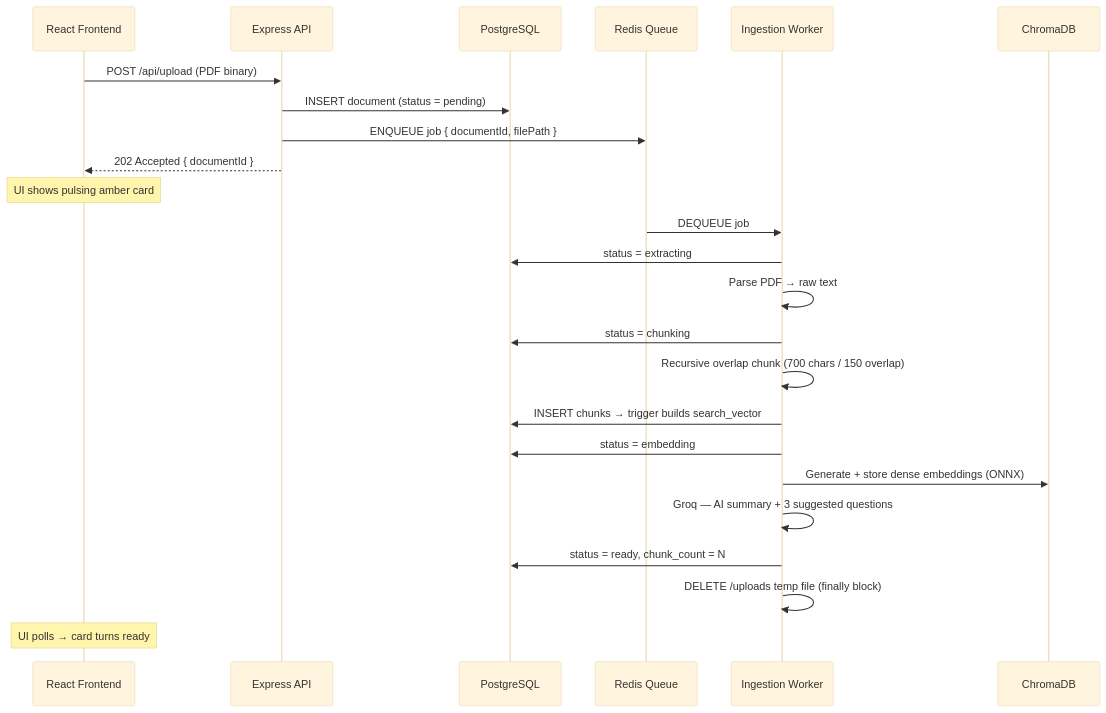
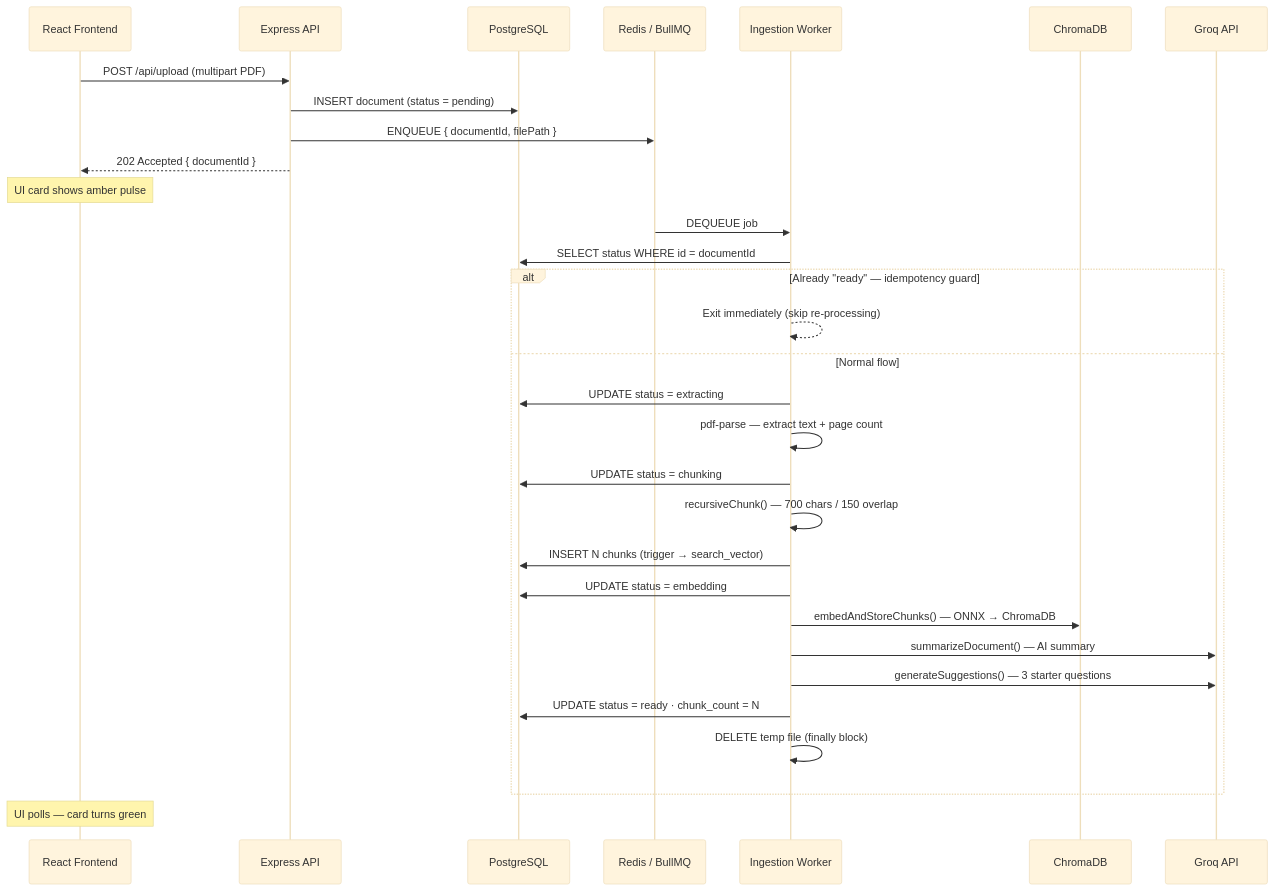
The third of 6 diagrams in README.md (rajakumar123-commit/nexasense-ai-assistant), drawn with Mermaid (base theme) before and after one commit. The commit also changed other lines of this file, not shown here.

````diff
--- a/README.md
+++ b/README.md
@@ -238,28 +211,35 @@
 ```mermaid
 sequenceDiagram
-    participant C as React Frontend
-    participant A as Express API
-    participant P as PostgreSQL
-    participant R as Redis Queue
-    participant W as Ingestion Worker
-    participant X as ChromaDB
+    participant C  as React Frontend
+    participant A  as Express API
+    participant PG as PostgreSQL
+    participant R  as Redis / BullMQ
+    participant W  as Ingestion Worker
+    participant DB as ChromaDB
+    participant G  as Groq API
 
-    C->>A: POST /api/upload (PDF binary)
-    A->>P: INSERT document (status = pending)
-    A->>R: ENQUEUE job { documentId, filePath }
+    C->>A: POST /api/upload (multipart PDF)
+    A->>PG: INSERT document (status = pending)
+    A->>R:  ENQUEUE { documentId, filePath }
     A-->>C: 202 Accepted { documentId }
-    Note over C: UI shows pulsing amber card
+    Note over C: UI card shows amber pulse
 
     R->>W: DEQUEUE job
-    W->>P: status = extracting
-    W->>W: Parse PDF → raw text
-    W->>P: status = chunking
-    W->>W: Recursive overlap chunk (700 chars / 150 overlap)
-    W->>P: INSERT chunks → trigger builds search_vector
-    W->>P: status = embedding
-    W->>X: Generate + store dense embeddings (ONNX)
-    W->>W: Groq — AI summary + 3 suggested questions
-    W->>P: status = ready, chunk_count = N
-    W->>W: DELETE /uploads temp file (finally block)
-    Note over C: UI polls → card turns ready
+    W->>PG: SELECT status WHERE id = documentId
+    alt Already "ready" — idempotency guard
+        W-->>W: Exit immediately (skip re-processing)
+    else Normal flow
+        W->>PG: UPDATE status = extracting
+        W->>W:  pdf-parse — extract text + page count
+        W->>PG: UPDATE status = chunking
+        W->>W:  recursiveChunk() — 700 chars / 150 overlap
+        W->>PG: INSERT N chunks (trigger → search_vector)
+        W->>PG: UPDATE status = embedding
+        W->>DB: embedAndStoreChunks() — ONNX → ChromaDB
+        W->>G:  summarizeDocument() — AI summary
+        W->>G:  generateSuggestions() — 3 starter questions
+        W->>PG: UPDATE status = ready · chunk_count = N
+        W->>W:  DELETE temp file (finally block)
+    end
+    Note over C: UI polls — card turns green
 ```
````
